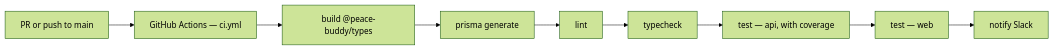
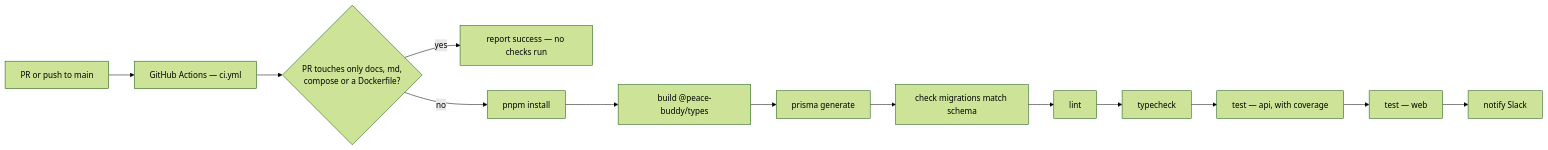
One commit to Lynns0416/buddy-app-copy changed the sixth of 7 diagrams in docs/architecture.md. Above: the diagram before and after it, drawn with Mermaid (forest theme). The commit also changed other lines of this file and 2 other files, not shown here.

````diff
--- a/docs/architecture.md
+++ b/docs/architecture.md
@@ -310,11 +322,15 @@
 ```mermaid
 flowchart LR
     PR["PR or push to main"] --> CI["GitHub Actions — ci.yml"]
-    CI --> Types["build @peace-buddy/types"]
+    CI --> Filter{"PR touches only docs, md,<br/>compose or a Dockerfile?"}
+    Filter -->|yes| Green["report success — no checks run"]
+    Filter -->|no| Install["pnpm install"]
+    Install --> Types["build @peace-buddy/types"]
     Types --> Prisma["prisma generate"]
-    Prisma --> Lint["lint"]
+    Prisma --> Drift["check migrations match schema"]
+    Drift --> Lint["lint"]
     Lint --> TC["typecheck"]
     TC --> TA["test — api, with coverage"]
     TA --> TW["test — web"]
     TW --> Slack["notify Slack"]
 ```
````
